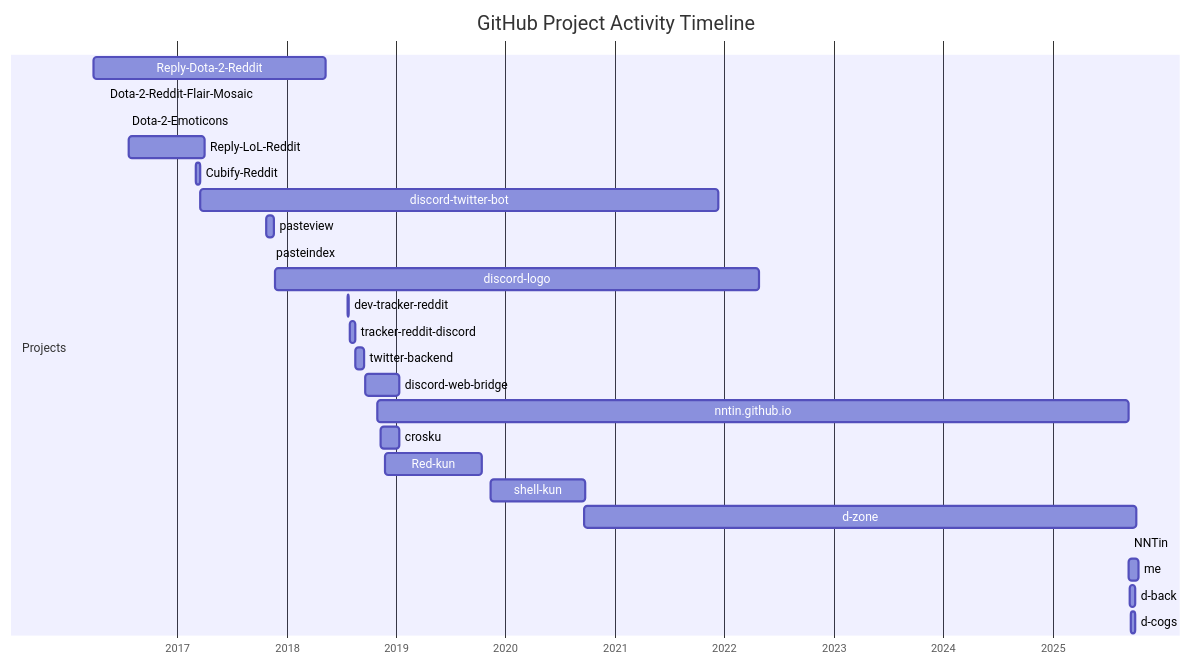
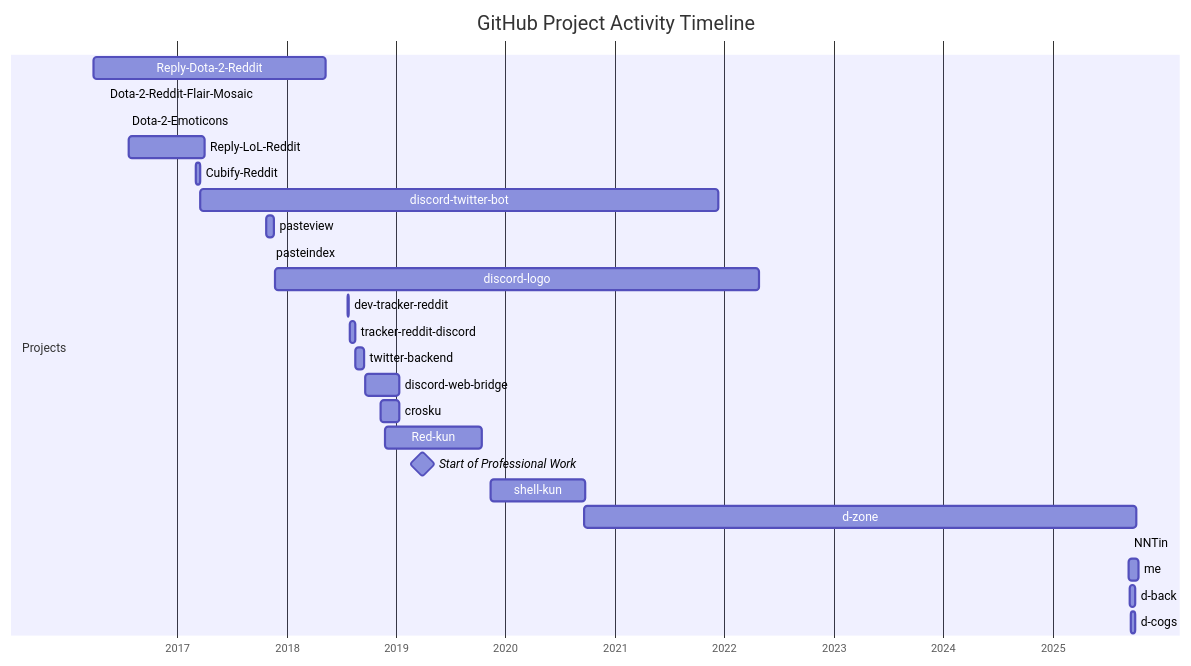
The diagram in _projects/projects.md (NNTin/me), drawn with Mermaid before and after one commit. The commit also changed other lines of this file and 2 other files, not shown here.

```diff
--- a/_projects/projects.md
+++ b/_projects/projects.md
@@ -28,31 +8,30 @@
 <div class="mermaid">
 gantt
     title GitHub Project Activity Timeline
     dateFormat  YYYY-MM-DD
     axisFormat  %Y
 
     section Projects
     Reply-Dota-2-Reddit     :rdr, 2016-03-27, 2018-05-10
     Dota-2-Reddit-Flair-Mosaic :dfm, 2016-05-01, 2016-05-03
     Dota-2-Emoticons        :de, 2016-07-16, 2016-07-16
     Reply-LoL-Reddit        :rlr, 2016-07-24, 2017-04-02
     Cubify-Reddit           :cr, 2017-03-04, 2017-03-19
     discord-twitter-bot     :dtb, 2017-03-20, 2021-12-12
     pasteview               :pv, 2017-10-24, 2017-11-20
     pasteindex              :pi, 2017-11-10, 2017-11-10
     discord-logo            :dl, 2017-11-24, 2022-04-26
     dev-tracker-reddit      :dtr, 2018-07-25, 2018-07-26
     tracker-reddit-discord  :trd, 2018-07-31, 2018-08-17
     twitter-backend         :tb, 2018-08-18, 2018-09-16
     discord-web-bridge      :dwb, 2018-09-20, 2019-01-11
-    nntin.github.io         :ngio, 2018-10-29, 2025-09-14
     crosku                  :ck, 2018-11-11, 2019-01-12
     Red-kun                 :rk, 2018-11-27, 2019-10-13
+    Start of Professional Work :milestone, ps, 2019-04-01, 0d
     shell-kun               :sk, 2019-11-15, 2020-09-23
     d-zone                  :dz, 2020-09-19, 2025-10-10
     NNTin                   :nn, 2025-09-13, 2025-09-13
     me                      :me, 2025-09-14, 2025-10-16
     d-back                  :db, 2025-09-17, 2025-10-05
     d-cogs                  :dc, 2025-09-20, 2025-10-05
-
 </div>
```
